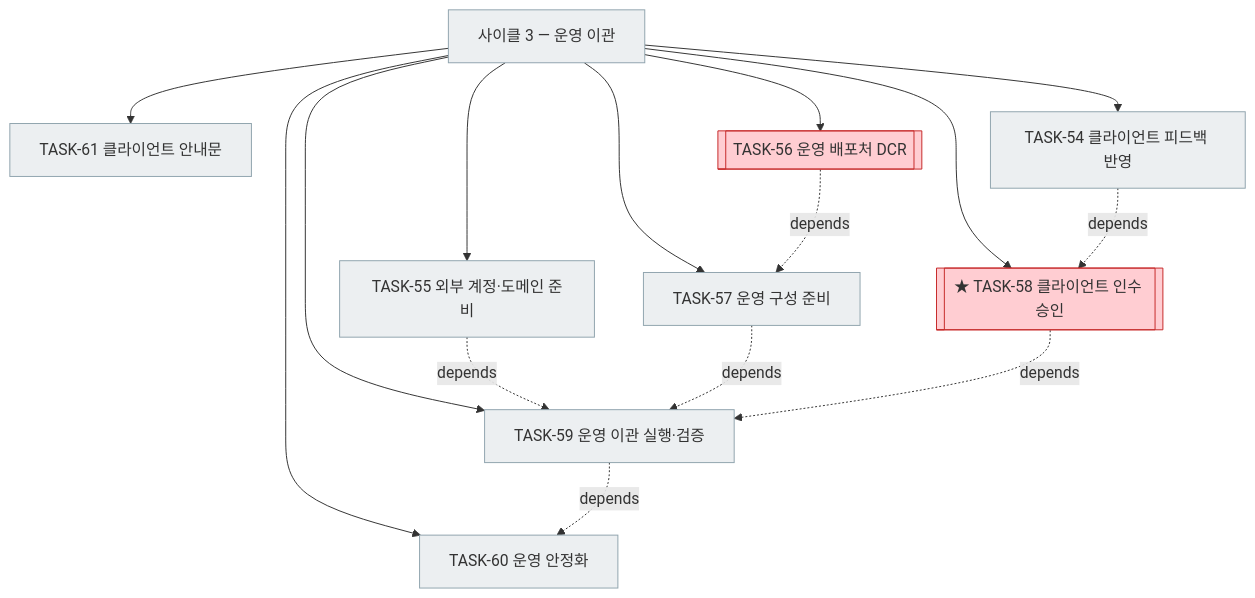
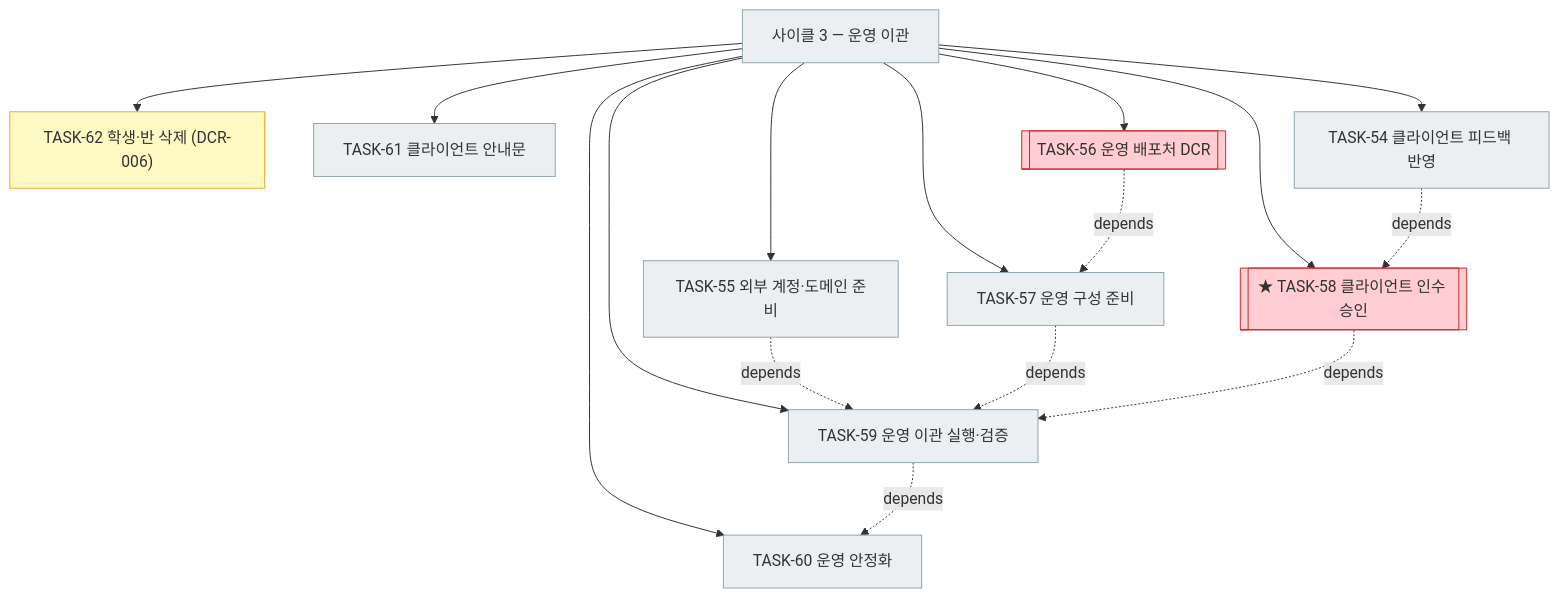
Before and after one commit to bluesky5008/mathdesk: the fourth of 5 diagrams in docs/plan.md, drawn with Mermaid. The commit also changed other lines of this file and 5 other files, not shown here.

````diff
--- a/docs/plan.md
+++ b/docs/plan.md
@@ -233,22 +234,23 @@
 ```mermaid
 flowchart TD
     C3["사이클 3 — 운영 이관"]:::todo
+    C3 --> T62["TASK-62 학생·반 삭제 (DCR-006)"]:::active
     C3 --> T61["TASK-61 클라이언트 안내문"]:::todo
     C3 --> T54["TASK-54 클라이언트 피드백 반영"]:::todo
     C3 --> T55["TASK-55 외부 계정·도메인 준비"]:::todo
     C3 --> T56[["TASK-56 운영 배포처 DCR"]]:::gate
     C3 --> T57["TASK-57 운영 구성 준비"]:::todo
     C3 --> T58[["★ TASK-58 클라이언트 인수 승인"]]:::gate
     C3 --> T59["TASK-59 운영 이관 실행·검증"]:::todo
     C3 --> T60["TASK-60 운영 안정화"]:::todo
     T56 -. depends .-> T57
     T54 -. depends .-> T58
     T55 -. depends .-> T59
     T57 -. depends .-> T59
     T58 -. depends .-> T59
     T59 -. depends .-> T60
     classDef done fill:#c8e6c9,stroke:#2e7d32
     classDef active fill:#fff9c4,stroke:#f9a825
     classDef todo fill:#eceff1,stroke:#90a4ae
     classDef gate fill:#ffcdd2,stroke:#c62828
 ```
````
